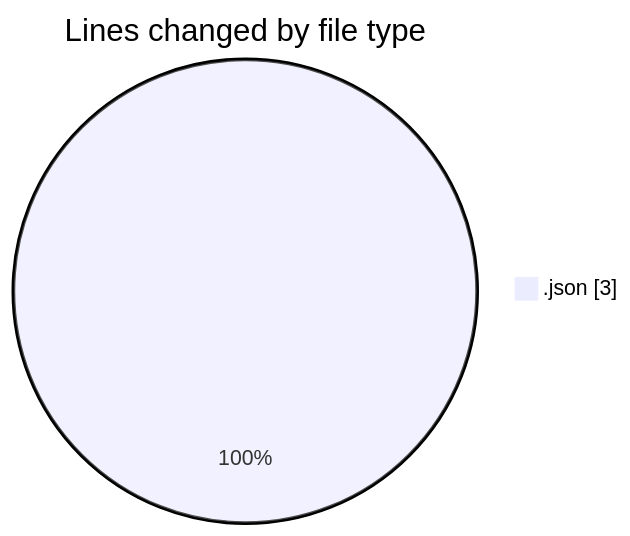
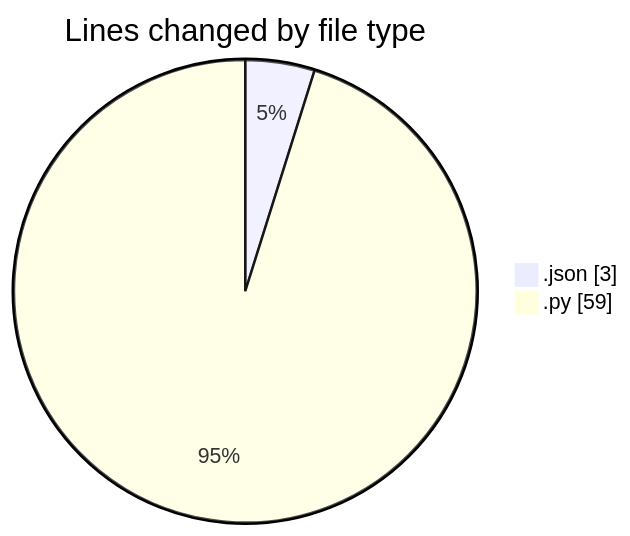
Before and after one commit to MatusMokan/code-tracking: the first of 2 diagrams in 2025-10-08/untitled__workspace_/README.md, drawn with Mermaid. The commit also changed other lines of this file and 1 other file, not shown here.

````diff
--- a/2025-10-08/untitled__workspace_/README.md
+++ b/2025-10-08/untitled__workspace_/README.md
@@ -20,5 +21,6 @@
 ```mermaid
 pie showData
 title Lines changed by file type
 ".json" : 3
+".py" : 59
 ```
````
